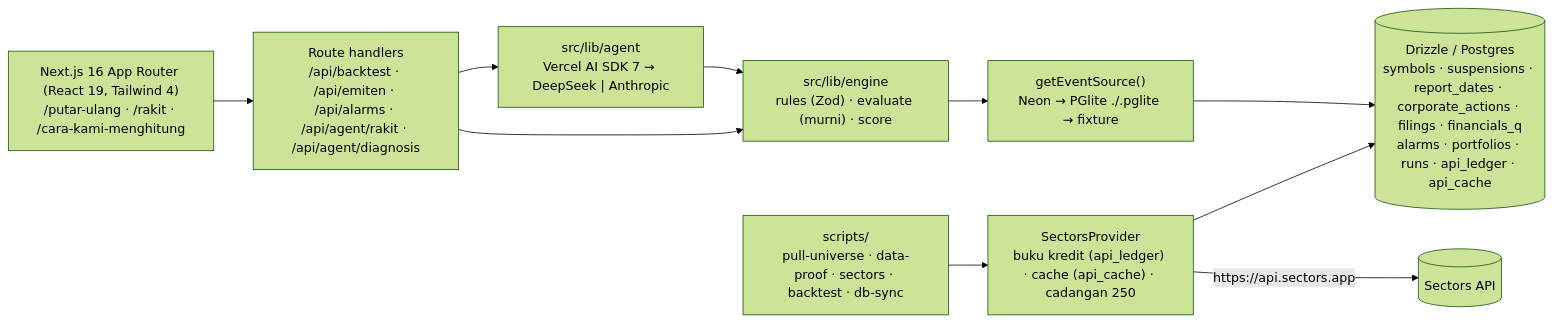
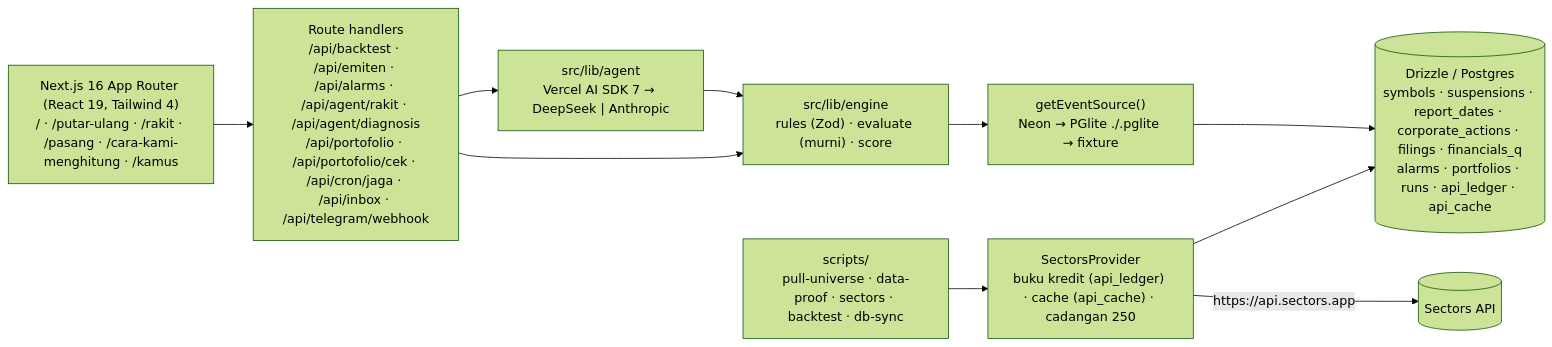
Before and after one commit to fajaraji/alarm-saham: the second of 2 diagrams in README.md, drawn with Mermaid (forest theme). The commit also changed other lines of this file and 2 other files, not shown here.

````diff
--- a/README.md
+++ b/README.md
@@ -69,12 +78,12 @@
 ```mermaid
 flowchart LR
-    UI["Next.js 16 App Router (React 19, Tailwind 4)<br/>/putar-ulang · /rakit · /cara-kami-menghitung"] --> API["Route handlers<br/>/api/backtest · /api/emiten · /api/alarms · /api/agent/rakit · /api/agent/diagnosis"]
+    UI["Next.js 16 App Router (React 19, Tailwind 4)<br/>/ · /putar-ulang · /rakit · /pasang · /cara-kami-menghitung · /kamus"] --> API["Route handlers<br/>/api/backtest · /api/emiten · /api/alarms · /api/agent/rakit · /api/agent/diagnosis<br/>/api/portofolio · /api/portofolio/cek · /api/cron/jaga · /api/inbox · /api/telegram/webhook"]
     API --> ENGINE["src/lib/engine<br/>rules (Zod) · evaluate (murni) · score"]
     API --> AGENT["src/lib/agent<br/>Vercel AI SDK 7 → DeepSeek | Anthropic"]
     AGENT --> ENGINE
     ENGINE --> SRC["getEventSource()<br/>Neon → PGlite ./.pglite → fixture"]
     SCRIPTS["scripts/<br/>pull-universe · data-proof · sectors · backtest · db-sync"] --> SP["SectorsProvider<br/>buku kredit (api_ledger) · cache (api_cache) · cadangan 250"]
     SP -->|"https://api.sectors.app"| SECTORS[("Sectors API")]
     SP --> DB[("Drizzle / Postgres<br/>symbols · suspensions · report_dates · corporate_actions · filings · financials_q<br/>alarms · portfolios · runs · api_ledger · api_cache")]
     SRC --> DB
 ```
````
